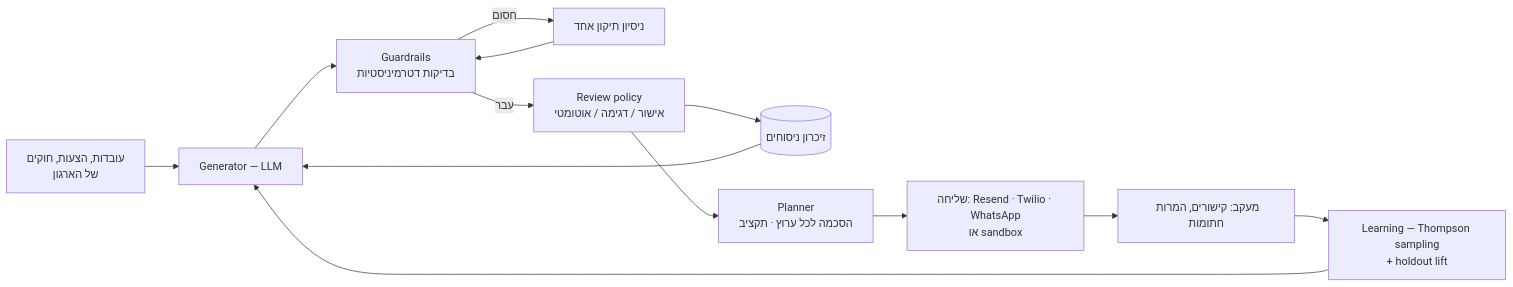
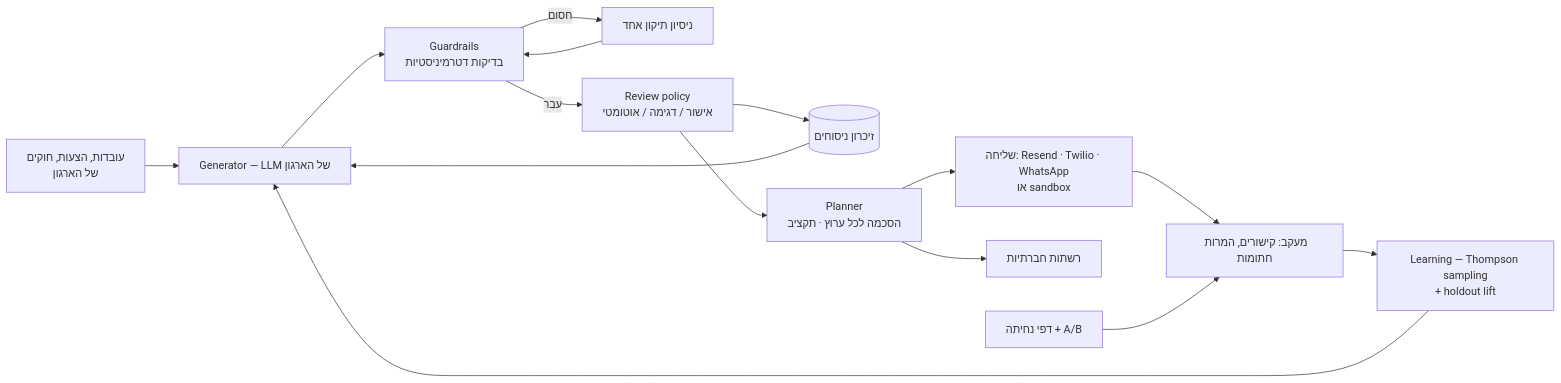
The diagram in projects/04-growth-engine.md (danidliod/ai-projects-portfolio), drawn with Mermaid before and after one commit. The commit also changed other lines of this file and 20 other files, not shown here.

````diff
--- a/projects/04-growth-engine.md
+++ b/projects/04-growth-engine.md
@@ -27,14 +37,16 @@
 ```mermaid
 flowchart LR
-  F[עובדות, הצעות, חוקים<br/>של הארגון] --> G[Generator — LLM]
+  F[עובדות, הצעות, חוקים<br/>של הארגון] --> G[Generator — LLM של הארגון]
   G --> GR[Guardrails<br/>בדיקות דטרמיניסטיות]
   GR -- חסום --> FIX[ניסיון תיקון אחד] --> GR
   GR -- עבר --> RV[Review policy<br/>אישור / דגימה / אוטומטי]
   RV --> MEM[(זיכרון ניסוחים)]
   RV --> PL[Planner<br/>הסכמה לכל ערוץ · תקציב]
   PL --> SND[שליחה: Resend · Twilio · WhatsApp<br/>או sandbox]
+  PL --> SOC[רשתות חברתיות]
   SND --> TR[מעקב: קישורים, המרות חתומות]
+  LP[דפי נחיתה + A/B] --> TR
   TR --> L[Learning — Thompson sampling<br/>+ holdout lift]
   L --> G
   MEM --> G
 ```
````
